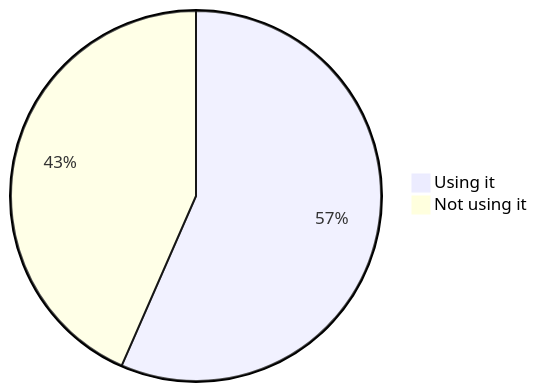
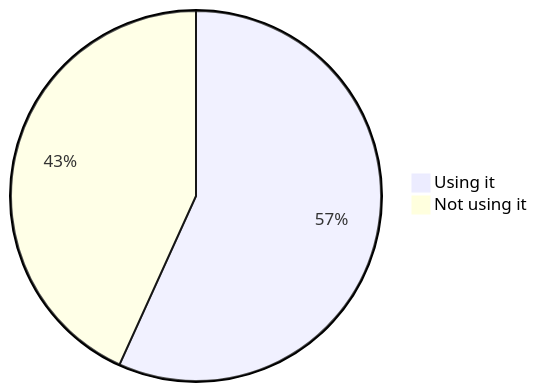
One commit to oshp/oshp-stats changed the second of 22 diagrams in stats.md. Above: the diagram before and after it, drawn with Mermaid. The commit also changed other lines of this file, not shown here.

````diff
--- a/stats.md
+++ b/stats.md
@@ -22,6 +22,6 @@
 ```mermaid
 pie
-	"Using it" : 56.57
-	"Not using it" : 43.43
+	"Using it" : 56.78
+	"Not using it" : 43.22
 
 ```
````
